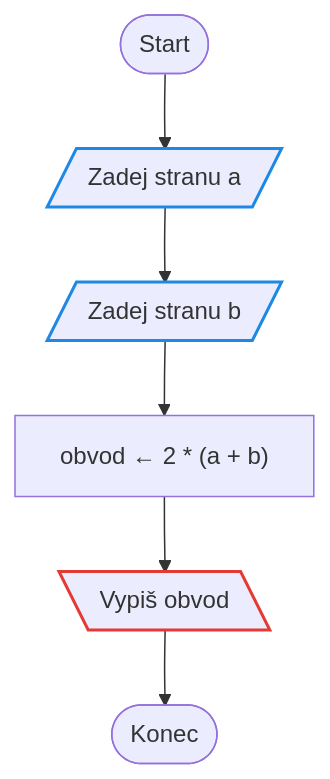
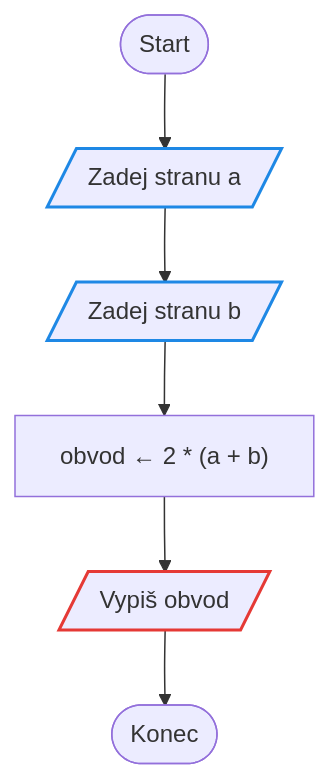
One commit to zeman-delta/Prvaci2026 changed the first of 15 diagrams in 3Hodina/reseni.md. Above: the diagram before and after it, drawn with Mermaid. The commit also changed other lines of this file and 1 other file, not shown here.

````diff
--- a/3Hodina/reseni.md
+++ b/3Hodina/reseni.md
@@ -28,13 +28,13 @@
 ```mermaid
 flowchart TD
     S([Start]) --> V1[/"Zadej stranu a"/]
     V1 --> V2[/"Zadej stranu b"/]
     V2 --> P["obvod ← 2 * (a + b)"]
-    P --> O[\"Vypiš obvod"\]
+    P --> O[/"Vypiš obvod"/]
     O --> K([Konec])
 
     classDef vstup stroke:#1e88e5,stroke-width:2px
     classDef vystup stroke:#e53935,stroke-width:2px
     class V1,V2 vstup
     class O vystup
 ```
````
